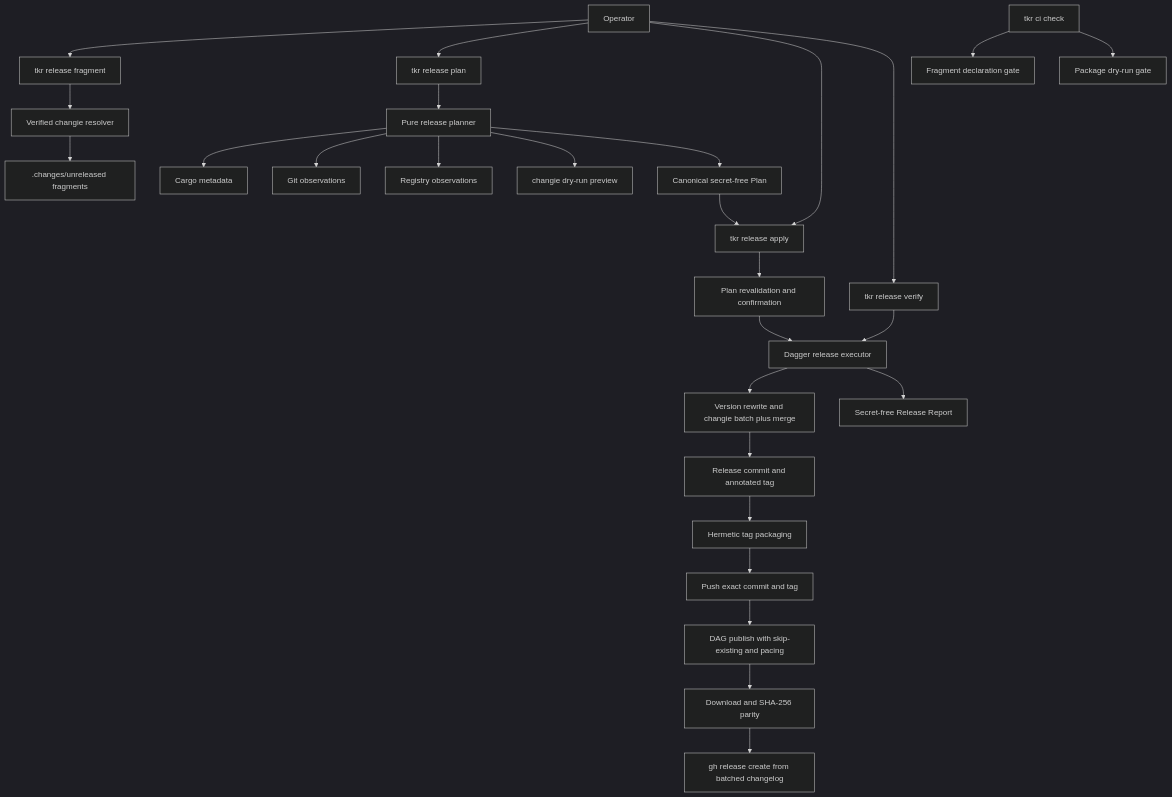
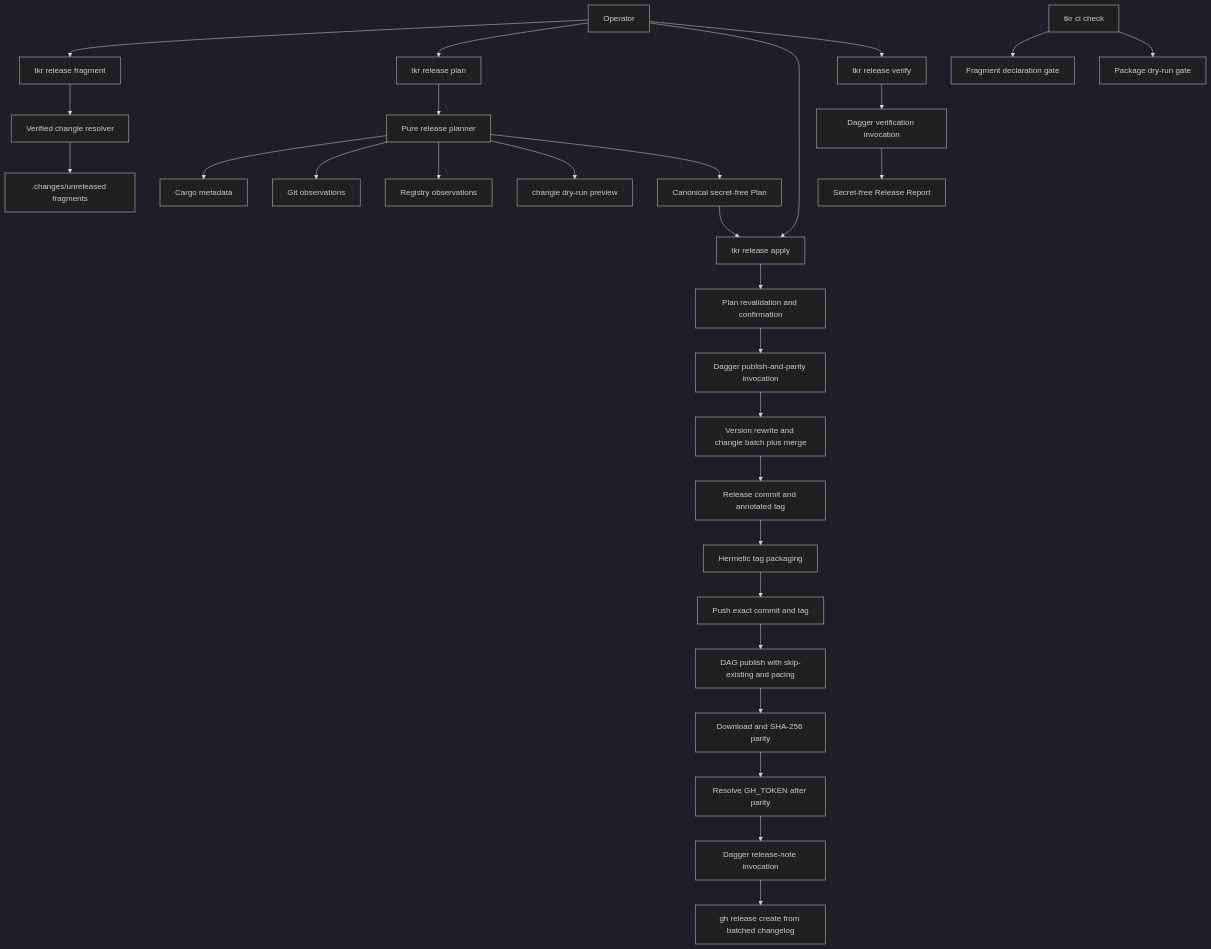
One commit to tokeira/tokeira changed the first of 2 diagrams in .kiro/specs/release-engineering/design.md. Above: the diagram before and after it, drawn with Mermaid (dark theme). The commit also changed other lines of this file and 2 other files, not shown here.

First line of the commit message:
spec(release): tighten train boundaries

````diff
--- a/.kiro/specs/release-engineering/design.md
+++ b/.kiro/specs/release-engineering/design.md
@@ -60,33 +64,35 @@
 ```mermaid
 flowchart TD
     Operator[Operator] --> Fragment[tkr release fragment]
     Fragment --> Resolver[Verified changie resolver]
     Resolver --> Unreleased[.changes/unreleased fragments]
 
     Operator --> PlanCmd[tkr release plan]
     PlanCmd --> Planner[Pure release planner]
     Planner --> CargoMeta[Cargo metadata]
     Planner --> GitRead[Git observations]
     Planner --> RegistryRead[Registry observations]
     Planner --> ChangePreview[changie dry-run preview]
     Planner --> Plan[Canonical secret-free Plan]
 
     Operator --> Apply[tkr release apply]
     Plan --> Apply
     Apply --> Confirm[Plan revalidation and confirmation]
-    Confirm --> Dagger[Dagger release executor]
-    Dagger --> Prepare[Version rewrite and changie batch plus merge]
+    Confirm --> PublishDagger[Dagger publish-and-parity invocation]
+    PublishDagger --> Prepare[Version rewrite and changie batch plus merge]
     Prepare --> Tag[Release commit and annotated tag]
     Tag --> Package[Hermetic tag packaging]
     Package --> Push[Push exact commit and tag]
     Push --> Publish[DAG publish with skip-existing and pacing]
     Publish --> Parity[Download and SHA-256 parity]
-    Parity --> Notes[gh release create from batched changelog]
+    Parity --> NotesGate[Resolve GH_TOKEN after parity]
+    NotesGate --> NotesDagger[Dagger release-note invocation]
+    NotesDagger --> Notes[gh release create from batched changelog]
 
     Operator --> Verify[tkr release verify]
-    Verify --> Dagger
-    Dagger --> Report[Secret-free Release Report]
+    Verify --> VerifyDagger[Dagger verification invocation]
+    VerifyDagger --> Report[Secret-free Release Report]
 
     Ci[tkr ci check] --> FragmentGate[Fragment declaration gate]
     Ci --> PackageGate[Package dry-run gate]
 ```
````
